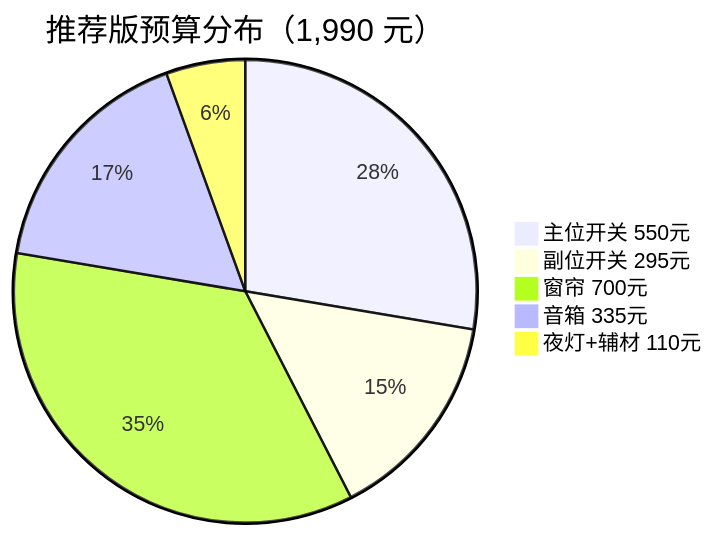
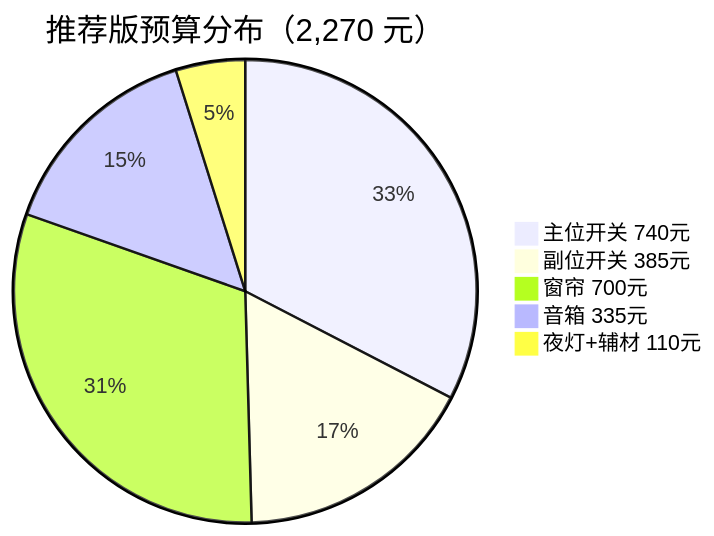
The second of 2 diagrams in docs/03-shopping-list.md (csh1314/home-smart), drawn with Mermaid before and after one commit. The commit also changed other lines of this file and 2 other files, not shown here.

````diff
--- a/docs/03-shopping-list.md
+++ b/docs/03-shopping-list.md
@@ -121,8 +132,8 @@
 ```mermaid
-pie title 推荐版预算分布（1,990 元）
-    "主位开关 550元" : 550
-    "副位开关 295元" : 295
+pie title 推荐版预算分布（2,270 元）
+    "主位开关 740元" : 740
+    "副位开关 385元" : 385
     "窗帘 700元" : 700
     "音箱 335元" : 335
     "夜灯+辅材 110元" : 110
 ```
````
